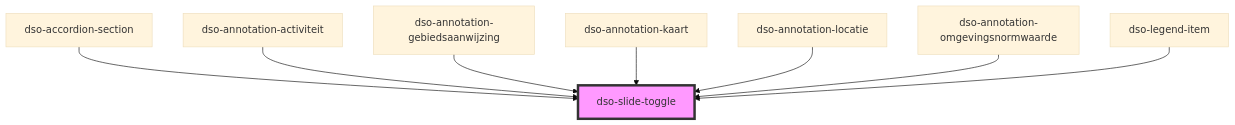
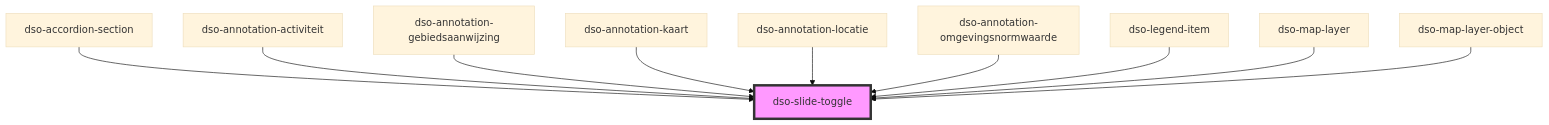
The diagram in packages/core/src/components/slide-toggle/readme.md (dso-toolkit/dso-toolkit), drawn with Mermaid (base theme) before and after one commit. The commit also changed other lines of this file and 24 other files, not shown here.

Commit message:
#3109 [Added] Map Layer: Nieuw component

````diff
--- a/packages/core/src/components/slide-toggle/readme.md
+++ b/packages/core/src/components/slide-toggle/readme.md
@@ -39,11 +41,13 @@
 ```mermaid
 graph TD;
   dso-accordion-section --> dso-slide-toggle
   dso-annotation-activiteit --> dso-slide-toggle
   dso-annotation-gebiedsaanwijzing --> dso-slide-toggle
   dso-annotation-kaart --> dso-slide-toggle
   dso-annotation-locatie --> dso-slide-toggle
   dso-annotation-omgevingsnormwaarde --> dso-slide-toggle
   dso-legend-item --> dso-slide-toggle
+  dso-map-layer --> dso-slide-toggle
+  dso-map-layer-object --> dso-slide-toggle
   style dso-slide-toggle fill:#f9f,stroke:#333,stroke-width:4px
 ```
````
